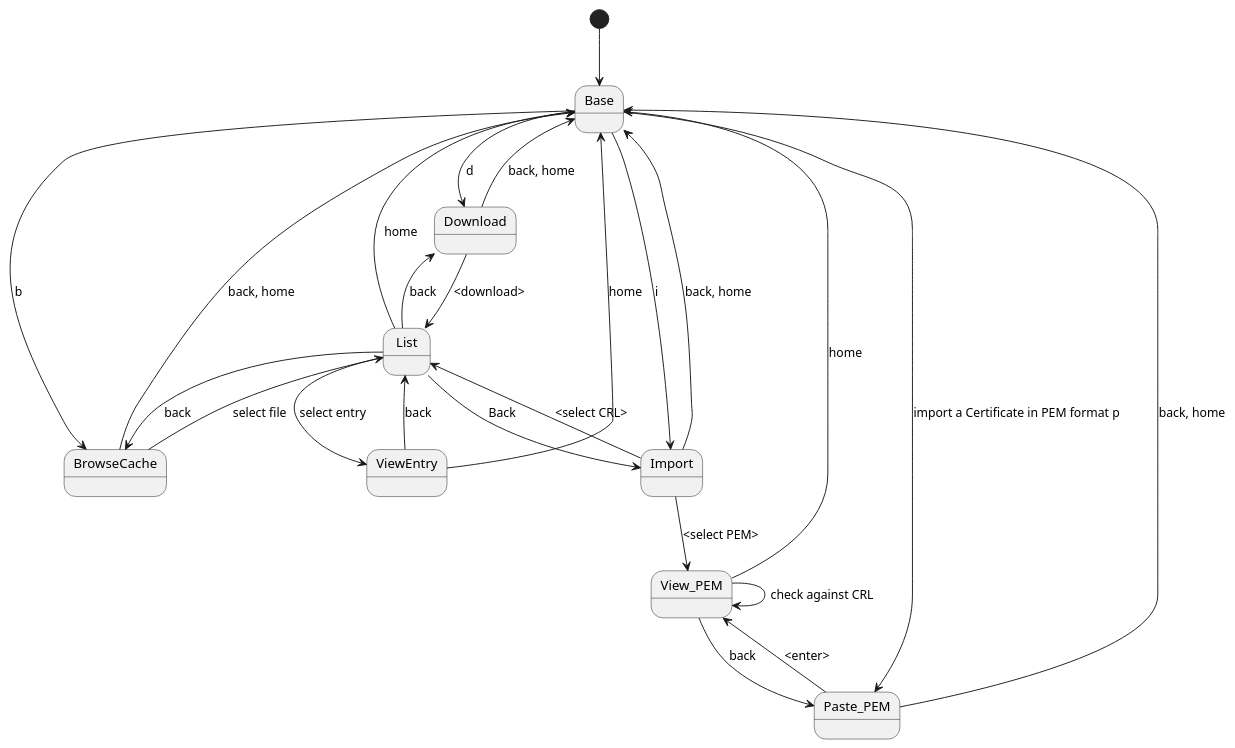
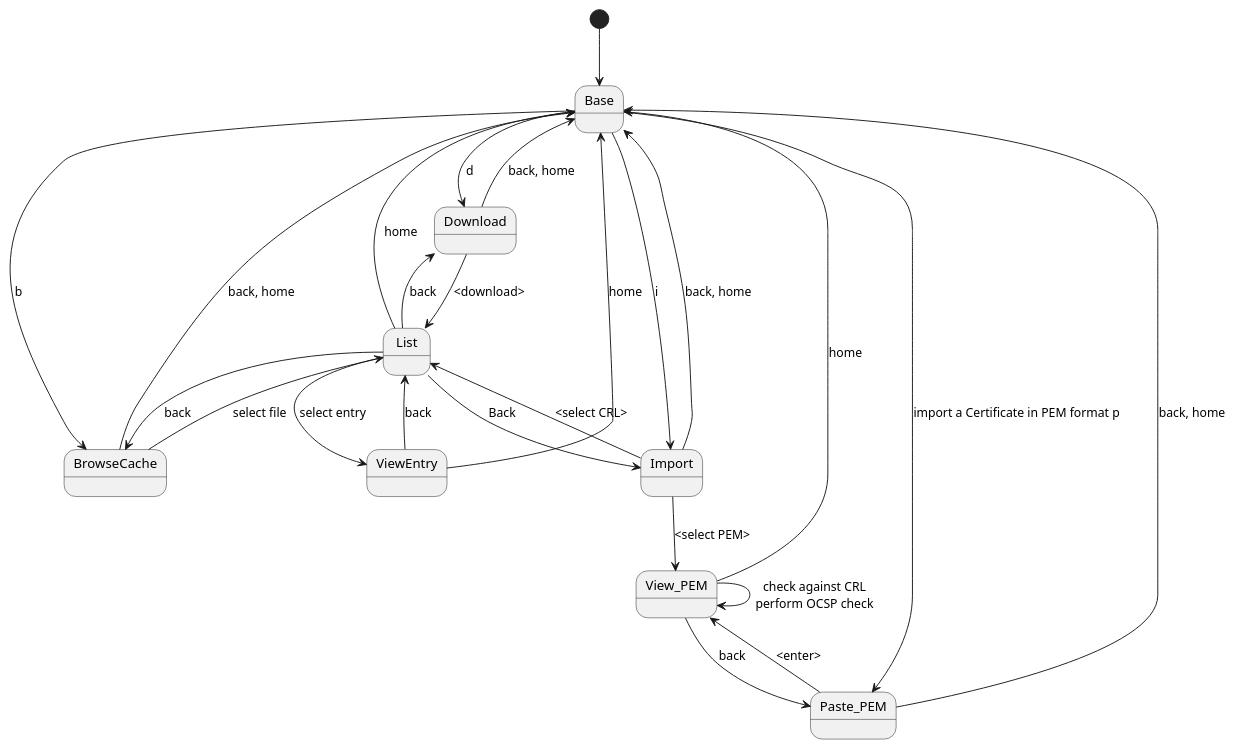
One commit to pimg/certguard changed the diagram in states.puml. Above: the diagram before and after it, drawn with PlantUML. The commit also changed 1 other file, not shown here.

```diff
--- a/states.puml
+++ b/states.puml
@@ -1,26 +1,26 @@
 @startuml
 [*] --> Base
 Base --> Download: d
 Base --> BrowseCache: b
 Base --> Import: i
 Base --> Paste_PEM: import a Certificate in PEM format p
 Paste_PEM --> Base: back, home
 Paste_PEM --> View_PEM: <enter>
 View_PEM --> Paste_PEM: back
 View_PEM --> Base: home
-View_PEM --> View_PEM: check against CRL
+View_PEM --> View_PEM: check against CRL\nperform OCSP check
 Import --> Base: back, home
 Import --> List: <select CRL>
 Import --> View_PEM: <select PEM>
 List --> Import: Back
 BrowseCache --> List: select file
 List --> ViewEntry: select entry
 ViewEntry --> List: back
 ViewEntry --> Base: home
 List --> BrowseCache: back
 List --> Base: home
 BrowseCache --> Base: back, home
 Download --> Base: back, home
 Download --> List: <download>
 List --> Download: back
 @enduml
```
